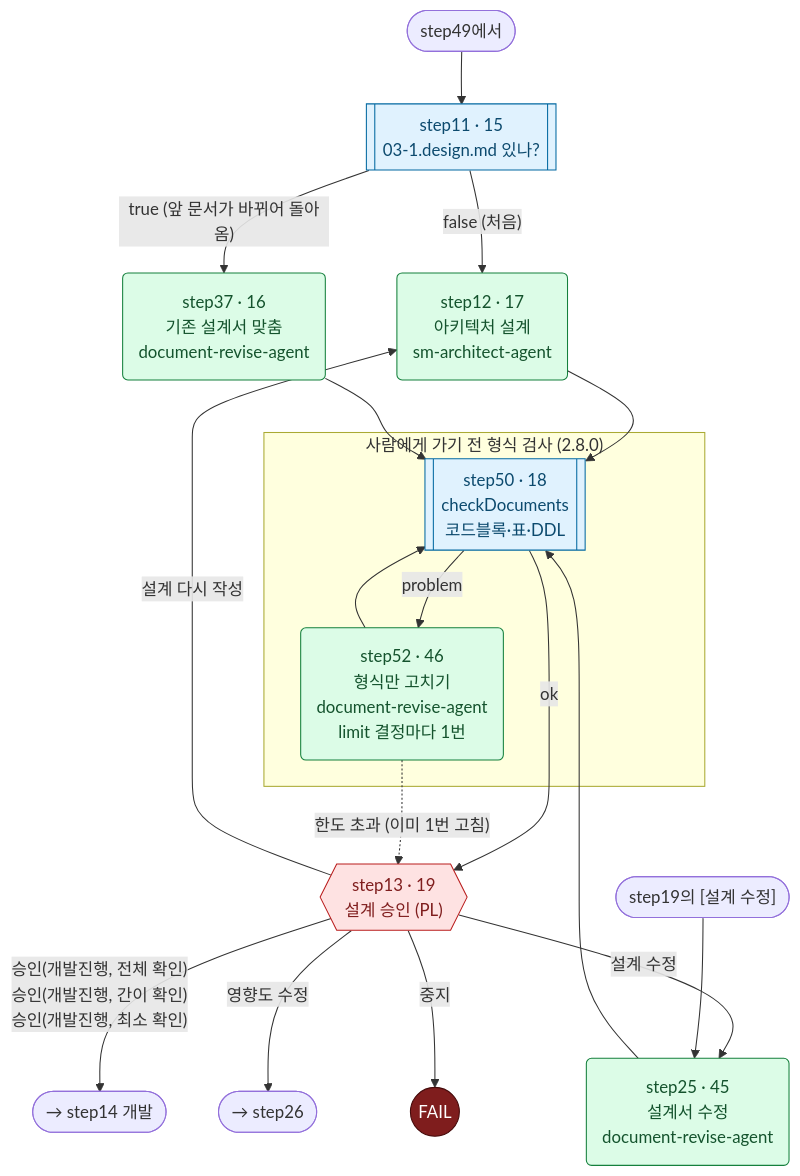
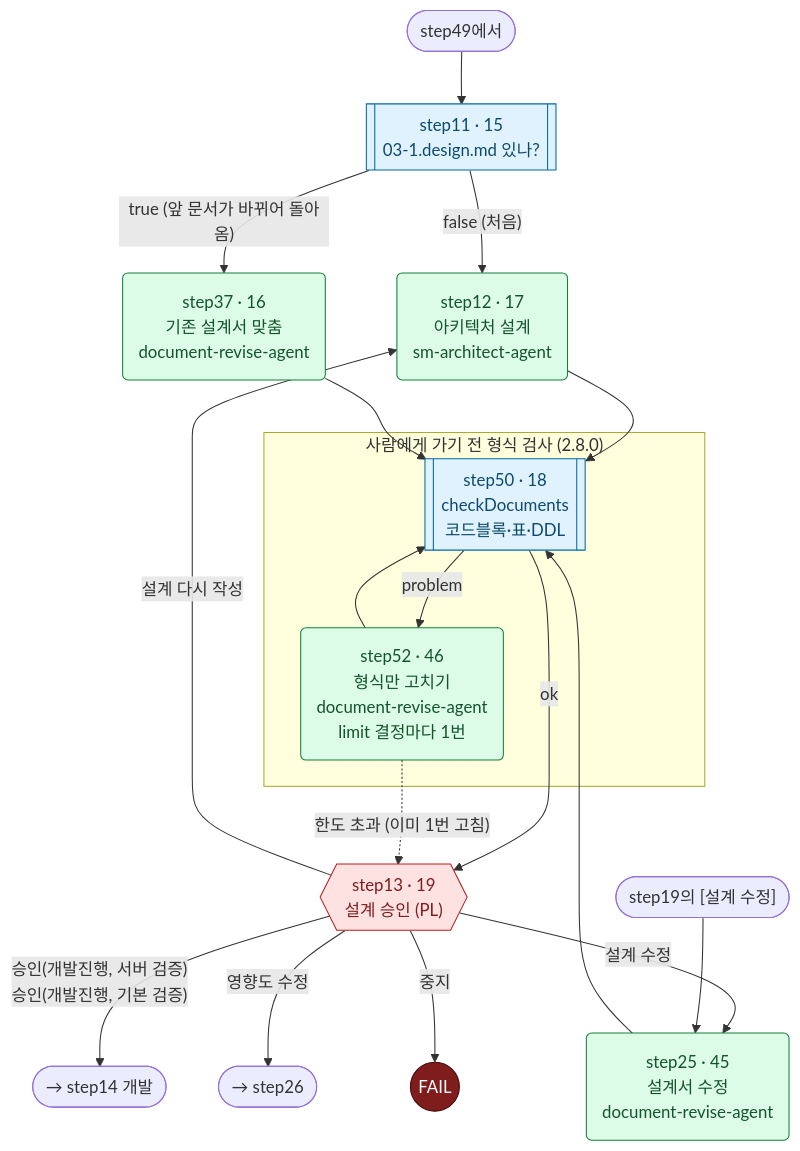
The tenth of 24 diagrams in docs/09.dstone-ai-engine-sm-workflow.md (YongSoekChoeng/dstone), drawn with Mermaid before and after one commit. The commit also changed other lines of this file and 10 other files, not shown here.

````diff
--- a/docs/09.dstone-ai-engine-sm-workflow.md
+++ b/docs/09.dstone-ai-engine-sm-workflow.md
@@ -752,30 +748,30 @@
 ```mermaid
 flowchart TD
     IN(["step49에서"]) --> step11[["step11 · 15<br/>03-1.design.md 있나?"]]:::route
     step11 -->|"false (처음)"| step12("step12 · 17<br/>아키텍처 설계<br/>sm-architect-agent"):::agent
     step11 -->|"true (앞 문서가 바뀌어 돌아옴)"| step37("step37 · 16<br/>기존 설계서 맞춤<br/>document-revise-agent"):::agent
     step12 --> step50
     step37 --> step50
     step25("step25 · 45<br/>설계서 수정<br/>document-revise-agent"):::agent --> step50
 
     subgraph CHK["사람에게 가기 전 형식 검사 (2.8.0)"]
         step50[["step50 · 18<br/>checkDocuments<br/>코드블록·표·DDL"]]:::route
         step52("step52 · 46<br/>형식만 고치기<br/>document-revise-agent<br/>limit 결정마다 1번"):::agent
         step50 -->|problem| step52
         step52 --> step50
     end
 
     step50 -->|ok| step13{{"step13 · 19<br/>설계 승인 (PL)"}}:::appr
     step52 -.->|"한도 초과 (이미 1번 고침)"| step13
-    step13 -->|"승인(개발진행, 전체 확인)<br/>승인(개발진행, 간이 확인)<br/>승인(개발진행, 최소 확인)"| DEV(["→ step14 개발"])
+    step13 -->|"승인(개발진행, 서버 검증)<br/>승인(개발진행, 기본 검증)"| DEV(["→ step14 개발"])
     step13 -->|설계 수정| step25
     step13 -->|설계 다시 작성| step12
     step13 -->|영향도 수정| IMP(["→ step26"])
     step13 -->|중지| FAIL((FAIL)):::bad
     FROM(["step19의 [설계 수정]"]) --> step25
 
     classDef route fill:#e0f2fe,stroke:#0369a1,color:#0c4a6e
     classDef agent fill:#dcfce7,stroke:#15803d,color:#14532d
     classDef appr fill:#fee2e2,stroke:#b91c1c,color:#7f1d1d
     classDef bad fill:#7f1d1d,stroke:#450a0a,color:#ffffff
 ```
````
